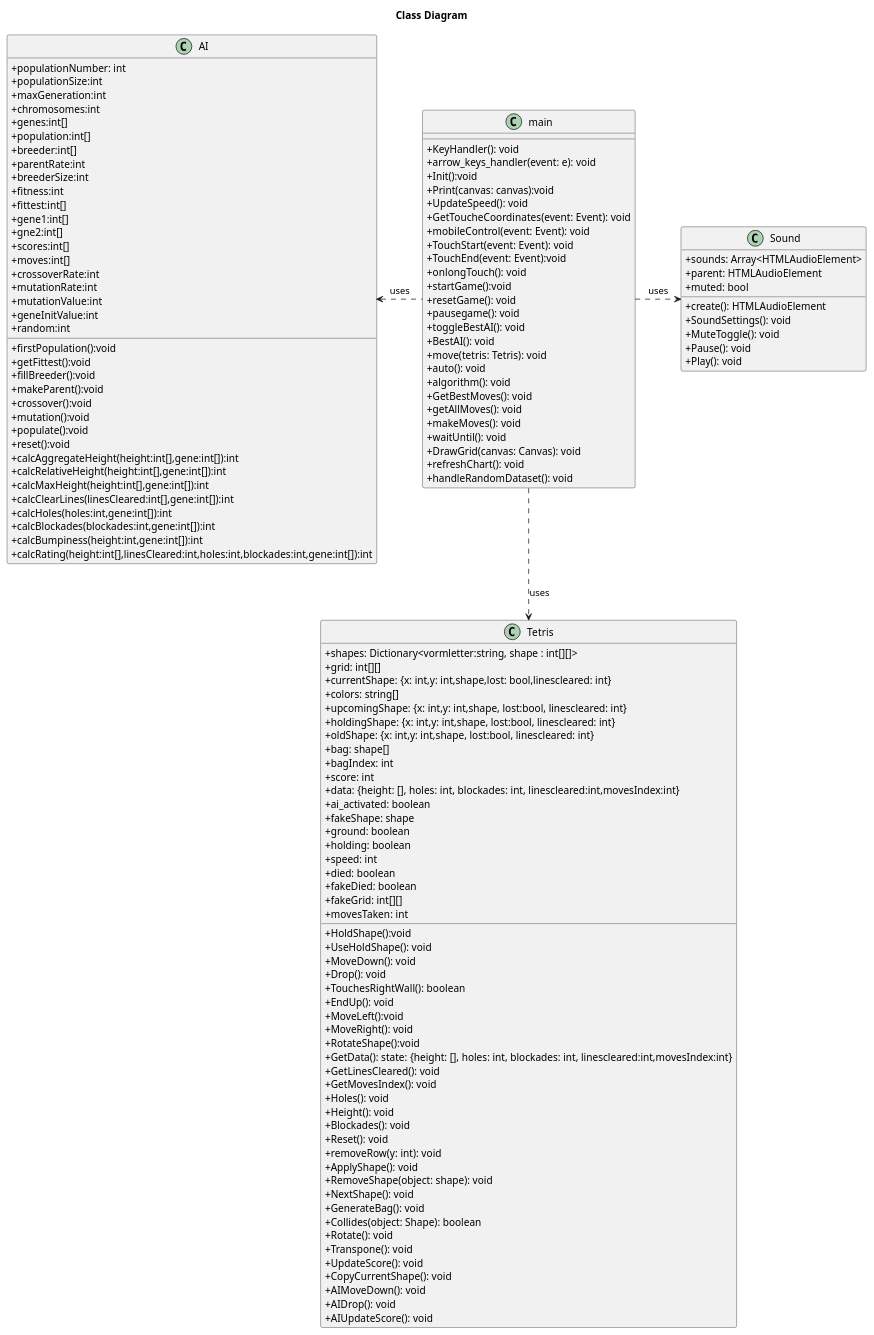
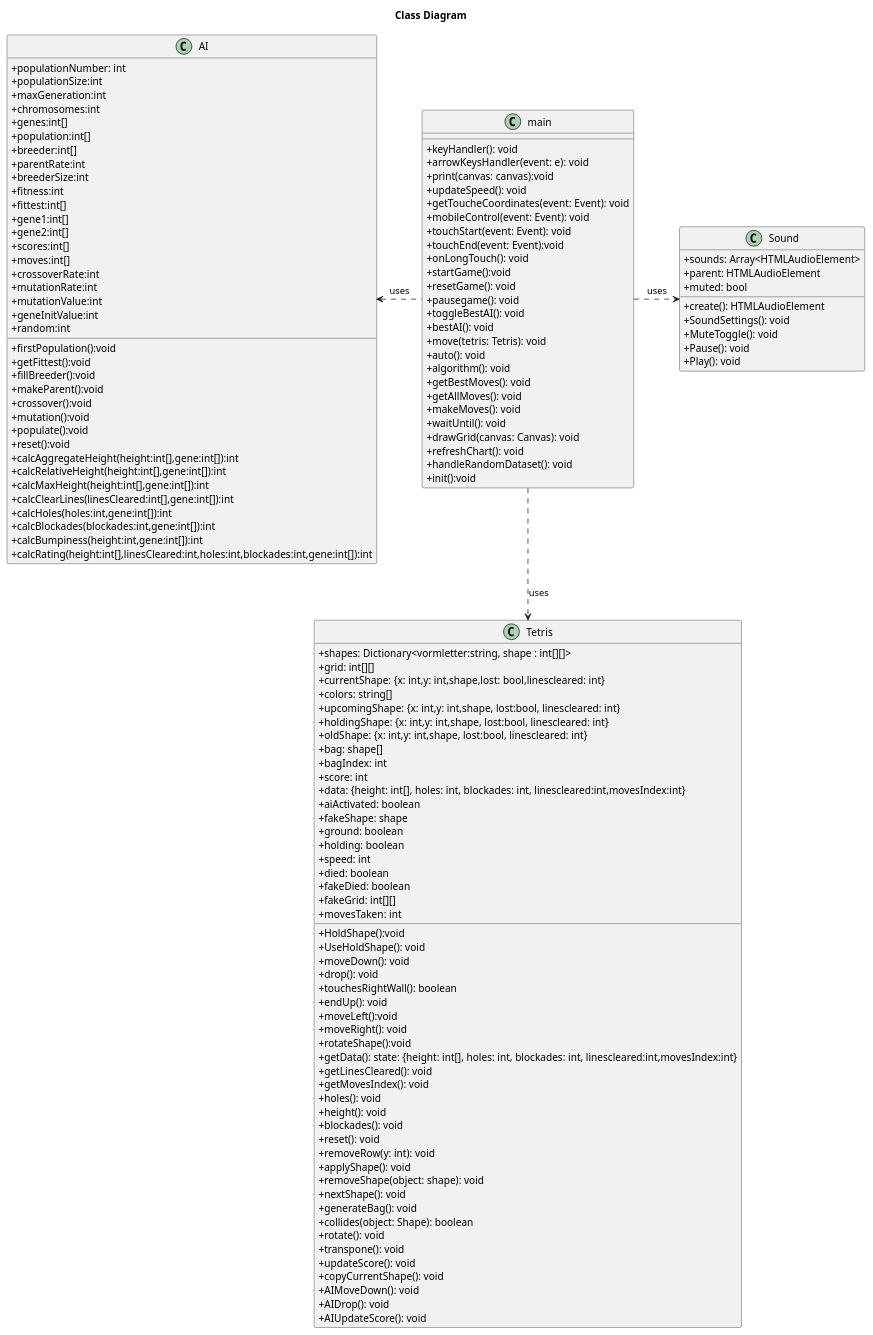
The diagram in Analyse/Class.puml (matissecallewaert/ai-tetris), drawn with PlantUML before and after one commit. The commit also changed 3 other files, not shown here.

```diff
--- a/Analyse/Class.puml
+++ b/Analyse/Class.puml
@@ -1,139 +1,138 @@
 @startuml klassediagram tetrisAI
 
 title ==Class Diagram==
 
 skinparam ClassAttributeIconSize 0
 class Tetris{
     +shapes: Dictionary<vormletter:string, shape : int[][]>
     +grid: int[][]
     +currentShape: {x: int,y: int,shape,lost: bool,linescleared: int}
     +colors: string[]
     +upcomingShape: {x: int,y: int,shape, lost:bool, linescleared: int}
     +holdingShape: {x: int,y: int,shape, lost:bool, linescleared: int}
     +oldShape: {x: int,y: int,shape, lost:bool, linescleared: int}
     +bag: shape[]
     +bagIndex: int
     +score: int
-    +data: {height: [], holes: int, blockades: int, linescleared:int,movesIndex:int}
-    +ai_activated: boolean
+    +data: {height: int[], holes: int, blockades: int, linescleared:int,movesIndex:int}
+    +aiActivated: boolean
     +fakeShape: shape
     +ground: boolean
     +holding: boolean   
     +speed: int
     +died: boolean
     +fakeDied: boolean
     +fakeGrid: int[][]
     +HoldShape():void
     +UseHoldShape(): void
     +movesTaken: int
-    +MoveDown(): void
-    +Drop(): void
-    +TouchesRightWall(): boolean
-    +EndUp(): void
-    +MoveLeft():void
-    +MoveRight(): void
-    +RotateShape():void
-    +GetData(): state: {height: [], holes: int, blockades: int, linescleared:int,movesIndex:int}
-    +GetLinesCleared(): void
-    +GetMovesIndex(): void
-    +Holes(): void
-    +Height(): void
-    +Blockades(): void
-    +Reset(): void
+    +moveDown(): void
+    +drop(): void
+    +touchesRightWall(): boolean
+    +endUp(): void
+    +moveLeft():void
+    +moveRight(): void
+    +rotateShape():void
+    +getData(): state: {height: int[], holes: int, blockades: int, linescleared:int,movesIndex:int}
+    +getLinesCleared(): void
+    +getMovesIndex(): void
+    +holes(): void
+    +height(): void
+    +blockades(): void
+    +reset(): void
     +removeRow(y: int): void
-    +ApplyShape(): void
-    +RemoveShape(object: shape): void
-    +NextShape(): void
-    +GenerateBag(): void
-    +Collides(object: Shape): boolean
-    +Rotate(): void
-    +Transpone(): void
-    +UpdateScore(): void
-    +CopyCurrentShape(): void
+    +applyShape(): void
+    +removeShape(object: shape): void
+    +nextShape(): void
+    +generateBag(): void
+    +collides(object: Shape): boolean
+    +rotate(): void
+    +transpone(): void
+    +updateScore(): void
+    +copyCurrentShape(): void
     +AIMoveDown(): void
     +AIDrop(): void
     +AIUpdateScore(): void
 }
 class AI{
     +populationNumber: int
     +populationSize:int
     +maxGeneration:int
     +chromosomes:int
     +genes:int[]
     +population:int[]
     +breeder:int[]
     +parentRate:int
     +breederSize:int
     +fitness:int
     +fittest:int[]
     +gene1:int[]
-    +gne2:int[]
+    +gene2:int[]
     +scores:int[]
     +moves:int[]
     +crossoverRate:int
     +mutationRate:int
     +mutationValue:int
     +geneInitValue:int
     +random:int
     +firstPopulation():void
     +getFittest():void
     +fillBreeder():void
     +makeParent():void
     +crossover():void
     +mutation():void
     +populate():void
     +reset():void
     +calcAggregateHeight(height:int[],gene:int[]):int
     +calcRelativeHeight(height:int[],gene:int[]):int
     +calcMaxHeight(height:int[],gene:int[]):int
     +calcClearLines(linesCleared:int[],gene:int[]):int
     +calcHoles(holes:int,gene:int[]):int
     +calcBlockades(blockades:int,gene:int[]):int
     +calcBumpiness(height:int,gene:int[]):int
     +calcRating(height:int[],linesCleared:int,holes:int,blockades:int,gene:int[]):int
 }
 class main{
-    +KeyHandler(): void
-    +arrow_keys_handler(event: e): void
-    +Init():void
-    +Print(canvas: canvas):void
-    +UpdateSpeed(): void
-    +GetToucheCoordinates(event: Event): void
+    +keyHandler(): void
+    +arrowKeysHandler(event: e): void
+    +print(canvas: canvas):void
+    +updateSpeed(): void
+    +getToucheCoordinates(event: Event): void
     +mobileControl(event: Event): void
-    +TouchStart(event: Event): void
-    +TouchEnd(event: Event):void
-    +onlongTouch(): void
+    +touchStart(event: Event): void
+    +touchEnd(event: Event):void
+    +onLongTouch(): void
     +startGame():void
     +resetGame(): void
     +pausegame(): void
     +toggleBestAI(): void
-    +BestAI(): void
+    +bestAI(): void
     +move(tetris: Tetris): void
     +auto(): void
     +algorithm(): void
-    +GetBestMoves(): void
+    +getBestMoves(): void
     +getAllMoves(): void
     +makeMoves(): void
     +waitUntil(): void
-    +DrawGrid(canvas: Canvas): void
+    +drawGrid(canvas: Canvas): void
     +refreshChart(): void
     +handleRandomDataset(): void
-    
+    +init():void
 }
 
 class Sound{
     +sounds: Array<HTMLAudioElement>
     +parent: HTMLAudioElement
     +muted: bool
     +create(): HTMLAudioElement
     +SoundSettings(): void
     +MuteToggle(): void
     +Pause(): void
     +Play(): void
 }
 
 main .down.> Tetris: uses
 main .right.> Sound: uses
 main .left.> AI: uses
 /' AI .down.> Tetris: uses '/
 @enduml
```
